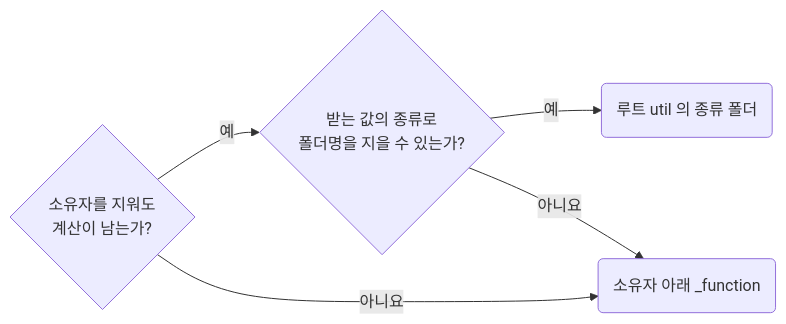
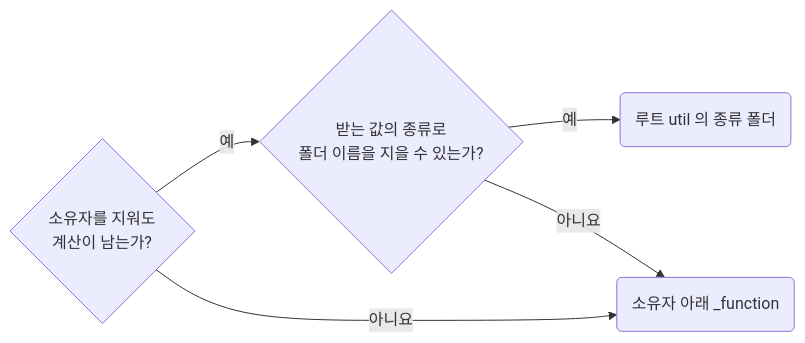
Before and after one commit to minu-ha/agent-conventions: the ninth of 15 diagrams in skill/typescript/HANDBOOK.md, drawn with Mermaid. The commit also changed other lines of this file and 127 other files, not shown here.

````diff
--- a/skill/typescript/HANDBOOK.md
+++ b/skill/typescript/HANDBOOK.md
@@ -1974,6 +1974,6 @@
 ```mermaid
 flowchart LR
-	q1{"소유자를 지워도<br>계산이 남는가?"} -- 예 --> q2{"받는 값의 종류로<br>폴더명을 지을 수 있는가?"} -- 예 --> r2("루트 util 의 종류 폴더")
+	q1{"소유자를 지워도<br>계산이 남는가?"} -- 예 --> q2{"받는 값의 종류로<br>폴더 이름을 지을 수 있는가?"} -- 예 --> r2("루트 util 의 종류 폴더")
 	q1 -- 아니요 --> r1("소유자 아래 _function")
 	q2 -- 아니요 --> r1
 ```
````
